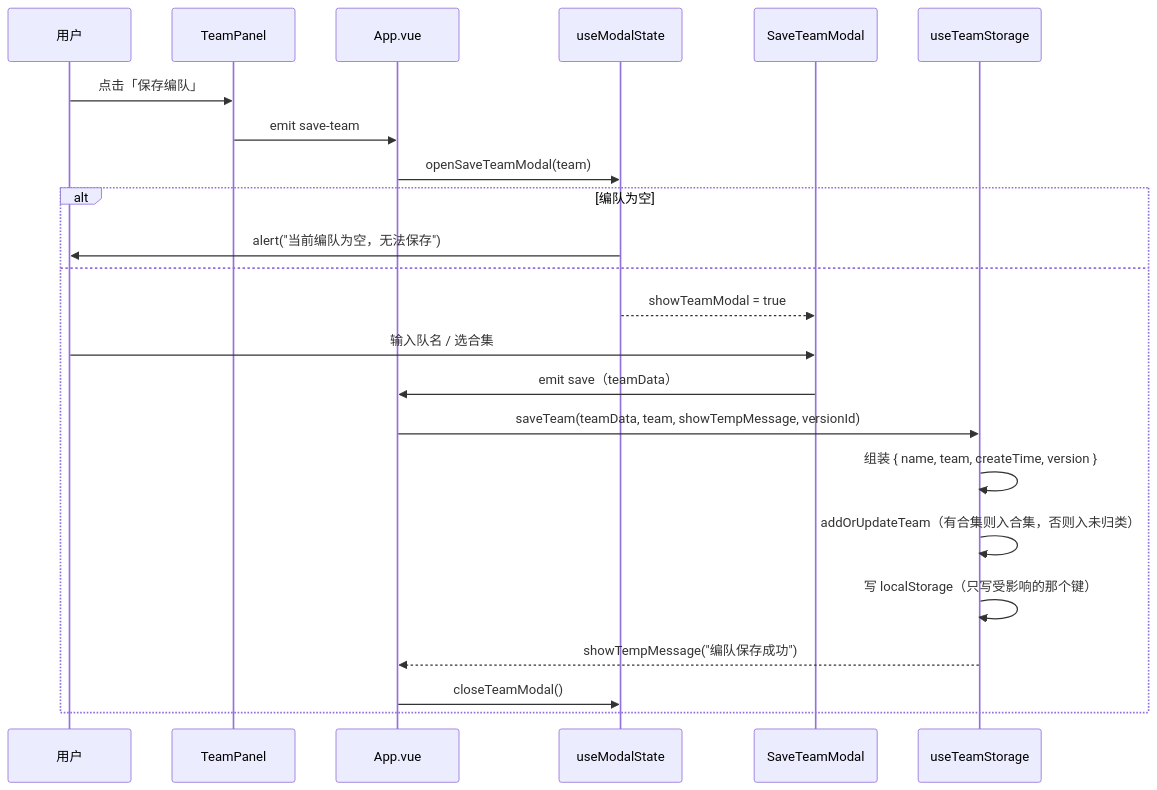
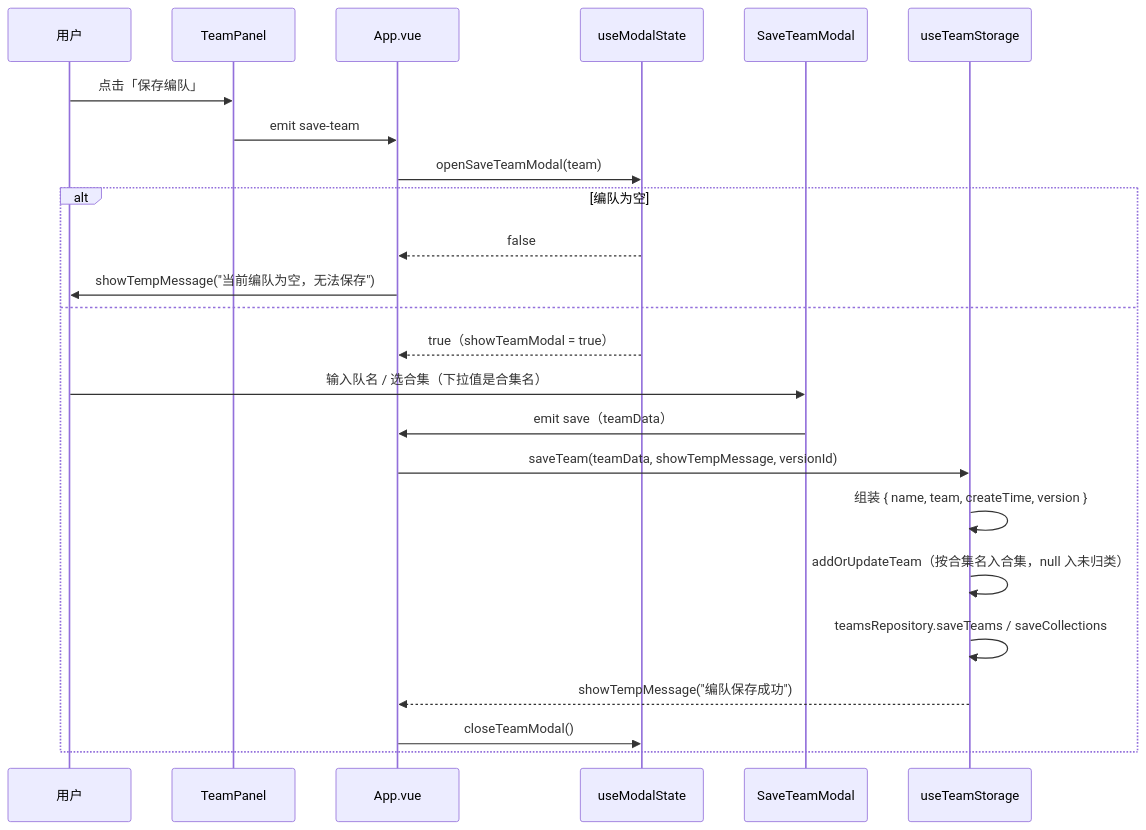
Before and after one commit to yeyeye613/Arknights-alliance-tool: the fifth of 9 diagrams in architecture/data-flow.md, drawn with Mermaid. The commit also changed other lines of this file and 7 other files, not shown here.

````diff
--- a/architecture/data-flow.md
+++ b/architecture/data-flow.md
@@ -152,26 +152,27 @@
 ```mermaid
 sequenceDiagram
   participant U as 用户
   participant TP as TeamPanel
   participant A as App.vue
   participant MS as useModalState
   participant SM as SaveTeamModal
   participant TS as useTeamStorage
 
   U->>TP: 点击「保存编队」
   TP->>A: emit save-team
   A->>MS: openSaveTeamModal(team)
   alt 编队为空
-    MS->>U: alert("当前编队为空，无法保存")
+    MS-->>A: false
+    A->>U: showTempMessage("当前编队为空，无法保存")
   else
-    MS-->>SM: showTeamModal = true
-    U->>SM: 输入队名 / 选合集
+    MS-->>A: true（showTeamModal = true）
+    U->>SM: 输入队名 / 选合集（下拉值是合集名）
     SM->>A: emit save（teamData）
-    A->>TS: saveTeam(teamData, team, showTempMessage, versionId)
+    A->>TS: saveTeam(teamData, showTempMessage, versionId)
     TS->>TS: 组装 { name, team, createTime, version }
-    TS->>TS: addOrUpdateTeam（有合集则入合集，否则入未归类）
-    TS->>TS: 写 localStorage（只写受影响的那个键）
+    TS->>TS: addOrUpdateTeam（按合集名入合集，null 入未归类）
+    TS->>TS: teamsRepository.saveTeams / saveCollections
     TS-->>A: showTempMessage("编队保存成功")
     A->>MS: closeTeamModal()
   end
 ```
````
